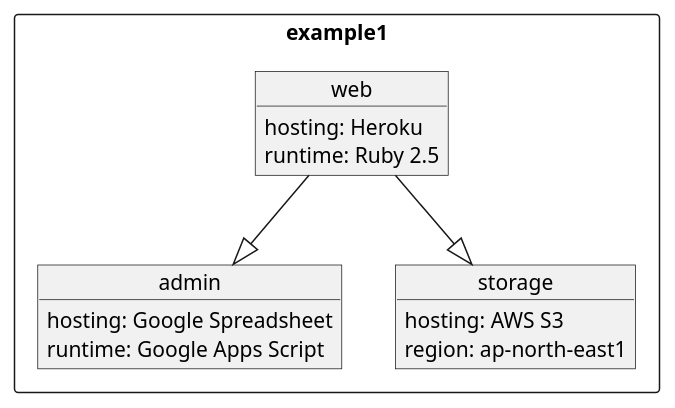
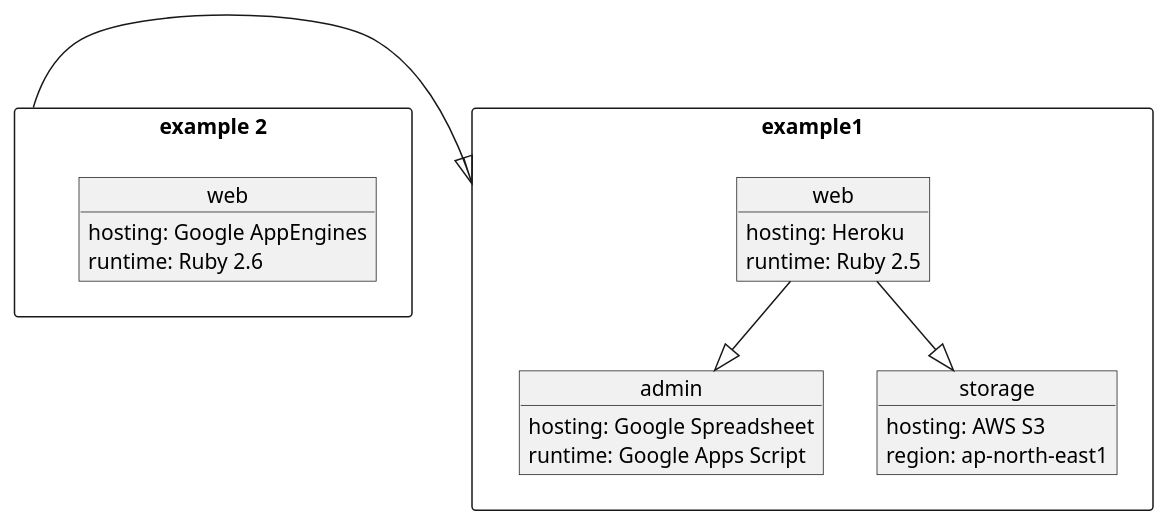
Before and after one commit to wtnabe/simple-hd-graph: the diagram in README.md, drawn with PlantUML. The commit also changed other lines of this file and 1 other file, not shown here.

````diff
--- a/README.md
+++ b/README.md
@@ -48,19 +89,26 @@
 ```plantuml
 rectangle "example1" as example1 {
   object "web" as example1Web {
     hosting: Heroku
     runtime: Ruby 2.5
   }
   object "admin" as example1Admin {
     hosting: Google Spreadsheet
     runtime: Google Apps Script
   }
   object "storage" as example1Storage {
     hosting: AWS S3
     region: ap-north-east1
   }
 
   example1Web -d-|> example1Admin
   example1Web -d-|> example1Storage
 }
+rectangle "example 2" as example2 {
+  object "web" as example2Web {
+    hosting: Google AppEngines
+    runtime: Ruby 2.6
+  }
+}
+example2 -|> example1
 ```
````
